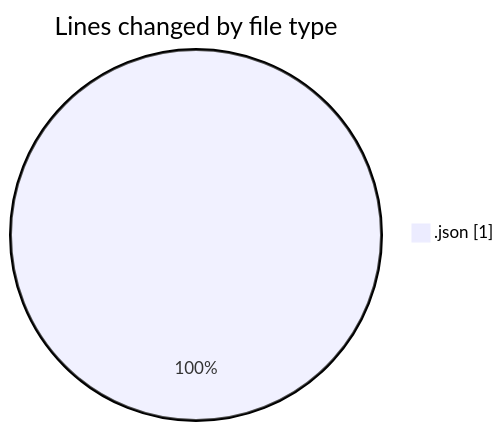
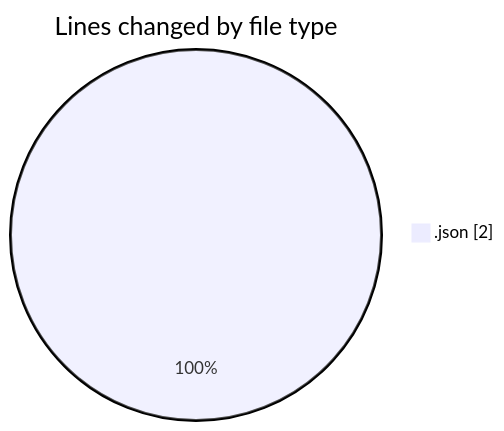
Before and after one commit to MatusMokan/code-tracking: the first of 2 diagrams in 2025-02-19/myws__workspace_/README.md, drawn with Mermaid. The commit also changed other lines of this file and 1 other file, not shown here.

````diff
--- a/2025-02-19/myws__workspace_/README.md
+++ b/2025-02-19/myws__workspace_/README.md
@@ -20,5 +21,5 @@
 ```mermaid
 pie showData
 title Lines changed by file type
-".json" : 1
+".json" : 2
 ```
````
